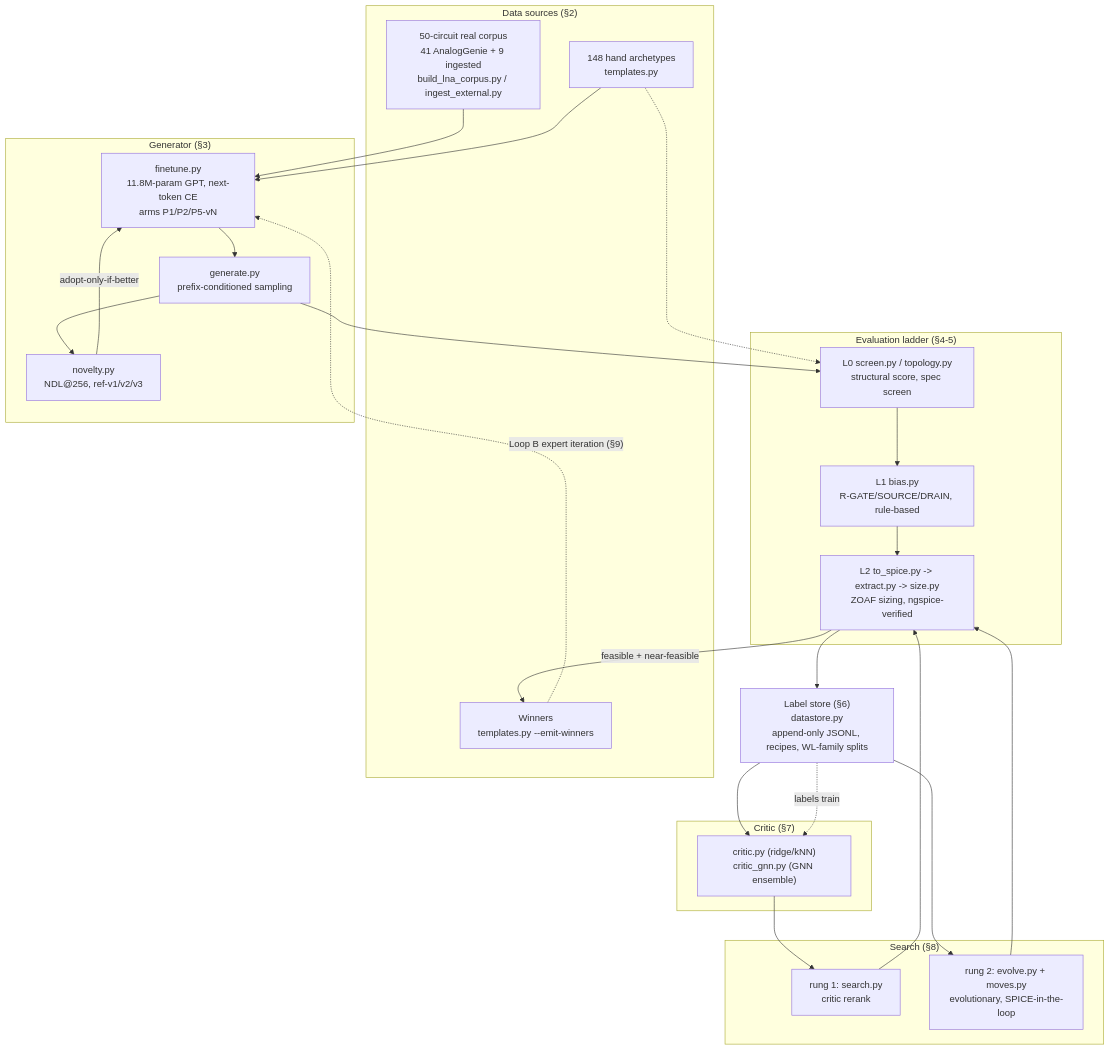
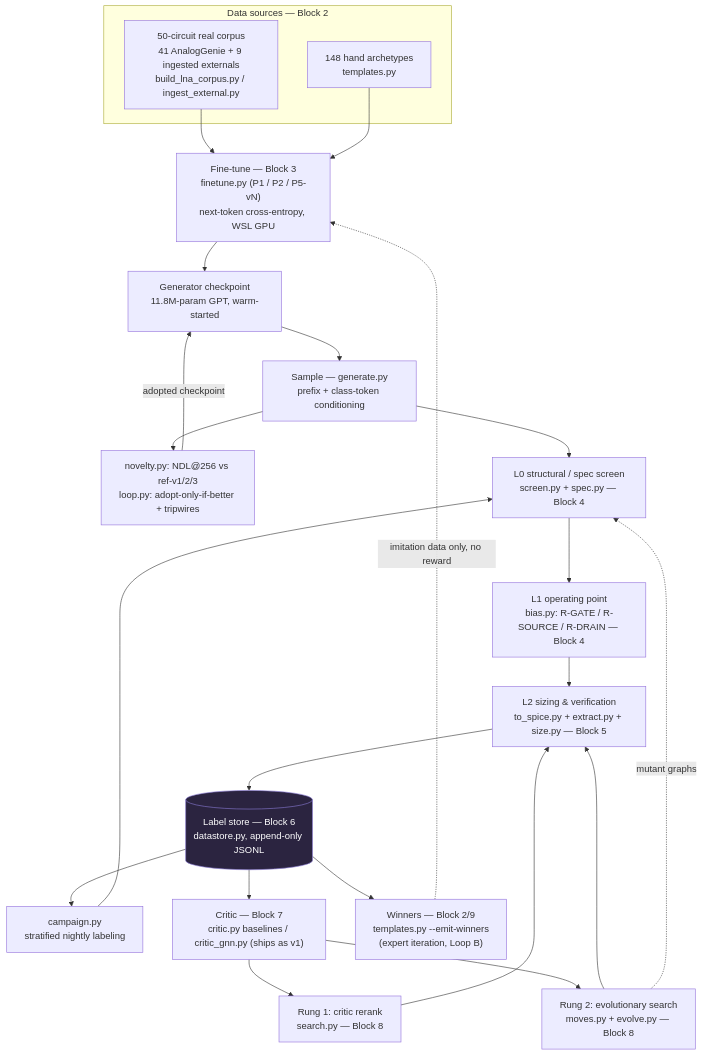
One commit to Devavavava/circuit-repro changed the first of 2 diagrams in lna/STRUCTURE_LOGIC.md. Above: the diagram before and after it, drawn with Mermaid. The commit also changed other lines of this file, not shown here.

First line of the commit message:
STRUCTURE_LOGIC.md: revise architecture doc (sharper spec.py/campaign.py citations, ZOAF acronym sourced from misc/ZOAF/README.md, honest Loop-B non-improvement example)

````diff
--- a/lna/STRUCTURE_LOGIC.md
+++ b/lna/STRUCTURE_LOGIC.md
@@ -29,48 +36,42 @@
 ```mermaid
 flowchart TD
-    subgraph DATA["Data sources (§2)"]
-        CORPUS["50-circuit real corpus\n41 AnalogGenie + 9 ingested\nbuild_lna_corpus.py / ingest_external.py"]
-        ARCH["148 hand archetypes\ntemplates.py"]
-        WIN["Winners\ntemplates.py --emit-winners"]
+    subgraph DATA["Data sources — Block 2"]
+        CORPUS["50-circuit real corpus<br/>41 AnalogGenie + 9 ingested externals<br/>build_lna_corpus.py / ingest_external.py"]
+        TEMPL["148 hand archetypes<br/>templates.py"]
     end
 
-    subgraph GEN["Generator (§3)"]
-        FT["finetune.py\n11.8M-param GPT, next-token CE\narms P1/P2/P5-vN"]
-        SAMP["generate.py\nprefix-conditioned sampling"]
-        NOV["novelty.py\nNDL@256, ref-v1/v2/v3"]
-    end
+    FT["Fine-tune — Block 3<br/>finetune.py (P1 / P2 / P5-vN)<br/>next-token cross-entropy, WSL GPU"]
+    CKPT["Generator checkpoint<br/>11.8M-param GPT, warm-started"]
+    GEN["Sample — generate.py<br/>prefix + class-token conditioning"]
+    NOV["novelty.py: NDL@256 vs ref-v1/2/3<br/>loop.py: adopt-only-if-better + tripwires"]
 
-    subgraph LADDER["Evaluation ladder (§4-5)"]
-        L0["L0 screen.py / topology.py\nstructural score, spec screen"]
-        L1["L1 bias.py\nR-GATE/SOURCE/DRAIN, rule-based"]
-        L2["L2 to_spice.py -> extract.py -> size.py\nZOAF sizing, ngspice-verified"]
-    end
+    L0["L0 structural / spec screen<br/>screen.py + spec.py — Block 4"]
+    L1["L1 operating point<br/>bias.py: R-GATE / R-SOURCE / R-DRAIN — Block 4"]
+    L2["L2 sizing & verification<br/>to_spice.py + extract.py + size.py — Block 5"]
 
-    STORE["Label store (§6)\ndatastore.py\nappend-only JSONL, recipes, WL-family splits"]
+    STORE[("Label store — Block 6<br/>datastore.py, append-only JSONL")]
+    CAMP["campaign.py<br/>stratified nightly labeling"]
 
-    subgraph LEARN["Critic (§7)"]
-        CRIT["critic.py (ridge/kNN)\ncritic_gnn.py (GNN ensemble)"]
-    end
+    CRITIC["Critic — Block 7<br/>critic.py baselines / critic_gnn.py (ships as v1)"]
+    WINNERS["Winners — Block 2/9<br/>templates.py --emit-winners<br/>(expert iteration, Loop B)"]
 
-    subgraph SEARCH["Search (§8)"]
-        S1["rung 1: search.py\ncritic rerank"]
-        S2["rung 2: evolve.py + moves.py\nevolutionary, SPICE-in-the-loop"]
-    end
+    RUNG1["Rung 1: critic rerank<br/>search.py — Block 8"]
+    RUNG2["Rung 2: evolutionary search<br/>moves.py + evolve.py — Block 8"]
 
     CORPUS --> FT
-    ARCH --> FT
-    WIN -. "Loop B expert iteration (§9)" .-> FT
-    FT --> SAMP
-    SAMP --> NOV
-    NOV -- "adopt-only-if-better" --> FT
-    SAMP --> L0 --> L1 --> L2
-    ARCH -.-> L0
-    L2 --> STORE
-    STORE --> CRIT
-    CRIT --> S1
-    STORE --> S2
-    S1 --> L2
-    S2 --> L2
-    L2 -- "feasible + near-feasible" --> WIN
-    STORE -. "labels train" .-> CRIT
+    TEMPL --> FT
+    WINNERS -.imitation data only, no reward.-> FT
+    FT --> CKPT --> GEN --> NOV
+    NOV -->|adopted checkpoint| CKPT
+    GEN --> L0 --> L1 --> L2 --> STORE
+    CAMP --> L0
+    STORE --> CAMP
+    STORE --> CRITIC
+    STORE --> WINNERS
+    CRITIC --> RUNG1 --> L2
+    CRITIC --> RUNG2 --> L2
+    RUNG2 -.mutant graphs.-> L0
+
+    classDef store fill:#2b2440,stroke:#8a7bd6,color:#fff;
+    class STORE store;
 ```
````
